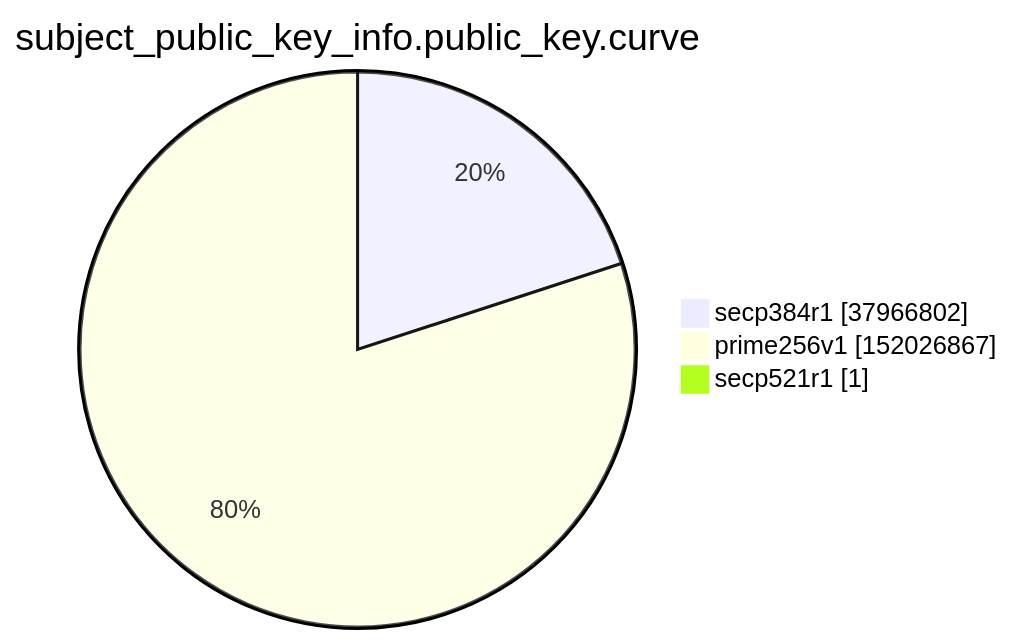
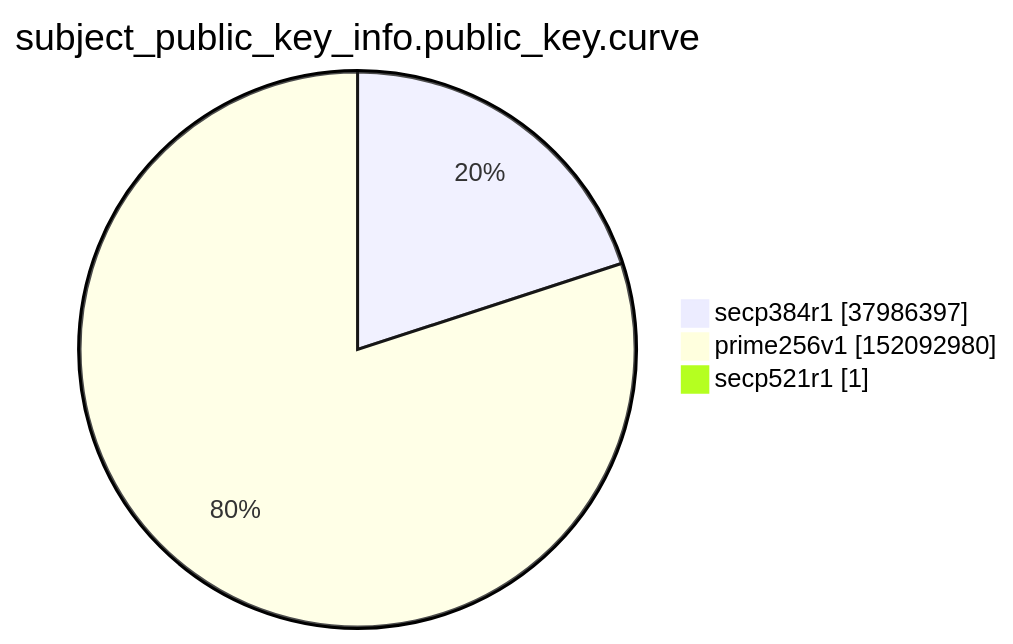
Before and after one commit to christiankrug/ctmonitor_visualization: the ninth of 15 diagrams in xenon2022/README.md, drawn with Mermaid. The commit also changed other lines of this file, not shown here.

````diff
--- a/xenon2022/README.md
+++ b/xenon2022/README.md
@@ -2860,7 +2860,7 @@
 ```mermaid
 pie showData
 title subject_public_key_info.public_key.curve
-"secp384r1" :37966802
-"prime256v1" :152026867
+"secp384r1" :37986397
+"prime256v1" :152092980
 "secp521r1" :1
 ```
````
